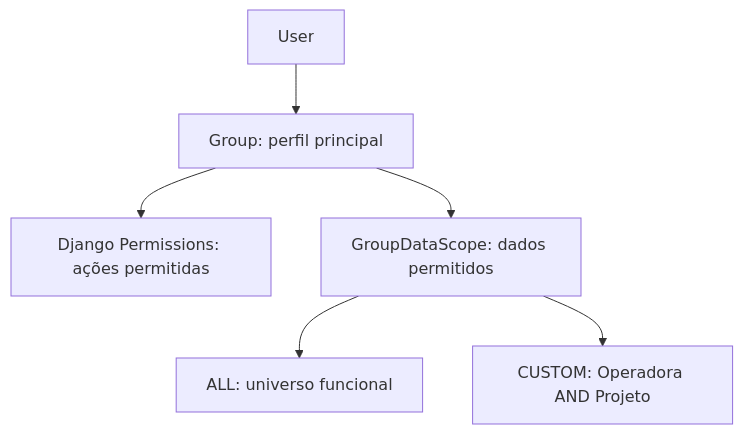
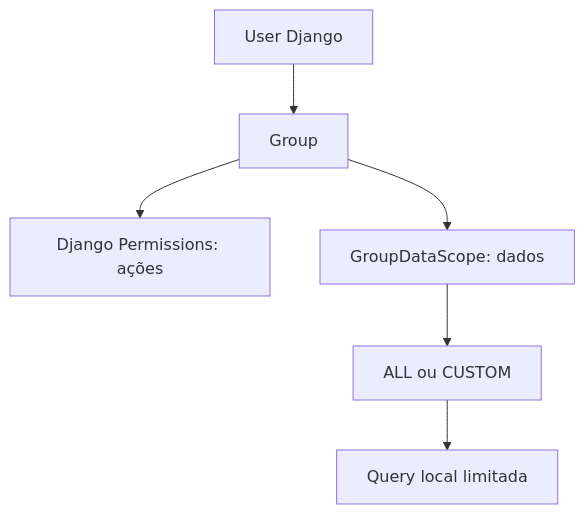
One commit to pedrocavalcanti-dev/Arion-Atacado-Geo changed the first of 3 diagrams in docs/funcionalidades/usuarios-grupos-escopos.md. Above: the diagram before and after it, drawn with Mermaid. The commit also changed other lines of this file and 151 other files, not shown here.

````diff
--- a/docs/funcionalidades/usuarios-grupos-escopos.md
+++ b/docs/funcionalidades/usuarios-grupos-escopos.md
@@ -7,8 +7,8 @@
 ```mermaid
 flowchart TD
-    U[User] --> G[Group: perfil principal]
-    G --> P[Django Permissions: ações permitidas]
-    G --> S[GroupDataScope: dados permitidos]
-    S --> A[ALL: universo funcional]
-    S --> C[CUSTOM: Operadora AND Projeto]
+U[User Django] --> G[Group]
+G --> P[Django Permissions: ações]
+G --> S[GroupDataScope: dados]
+S --> M[ALL ou CUSTOM]
+M --> Q[Query local limitada]
 ```
````
